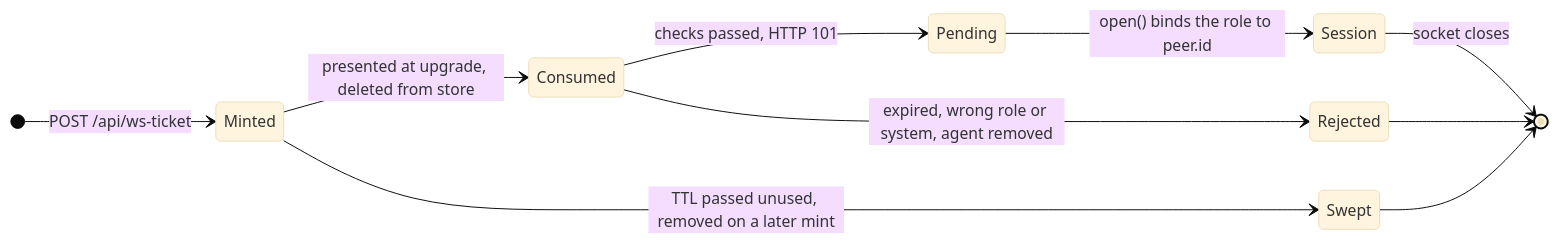
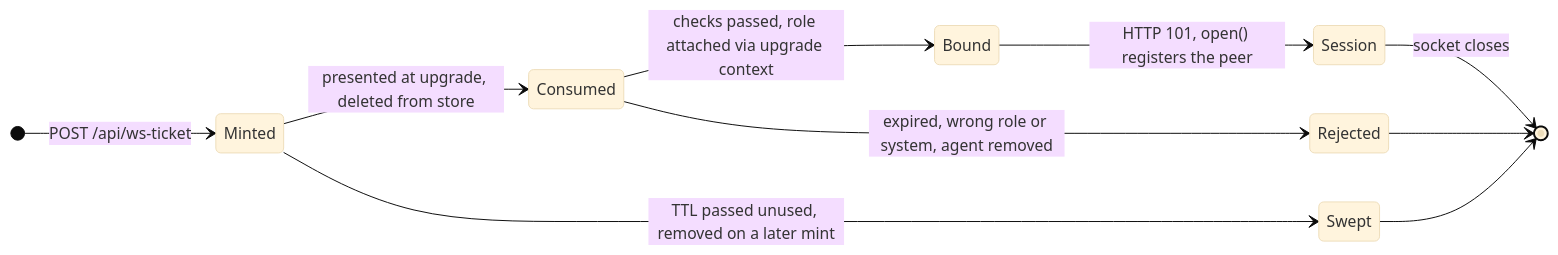
One commit to nirjan-dev/servomon changed the fourth of 5 diagrams in docs/websocket-auth.md. Above: the diagram before and after it, drawn with Mermaid (base theme). The commit also changed other lines of this file and 17 other files, not shown here.

````diff
--- a/docs/websocket-auth.md
+++ b/docs/websocket-auth.md
@@ -100,13 +104,13 @@
 ```mermaid
 stateDiagram-v2
     direction LR
     [*] --> Minted: POST /api/ws-ticket
     Minted --> Consumed: presented at upgrade, deleted from store
     Minted --> Swept: TTL passed unused, removed on a later mint
     Consumed --> Rejected: expired, wrong role or system, agent removed
-    Consumed --> Pending: checks passed, HTTP 101
-    Pending --> Session: open() binds the role to peer.id
+    Consumed --> Bound: checks passed, role attached via upgrade context
+    Bound --> Session: HTTP 101, open() registers the peer
     Session --> [*]: socket closes
     Rejected --> [*]
     Swept --> [*]
 ```
````
